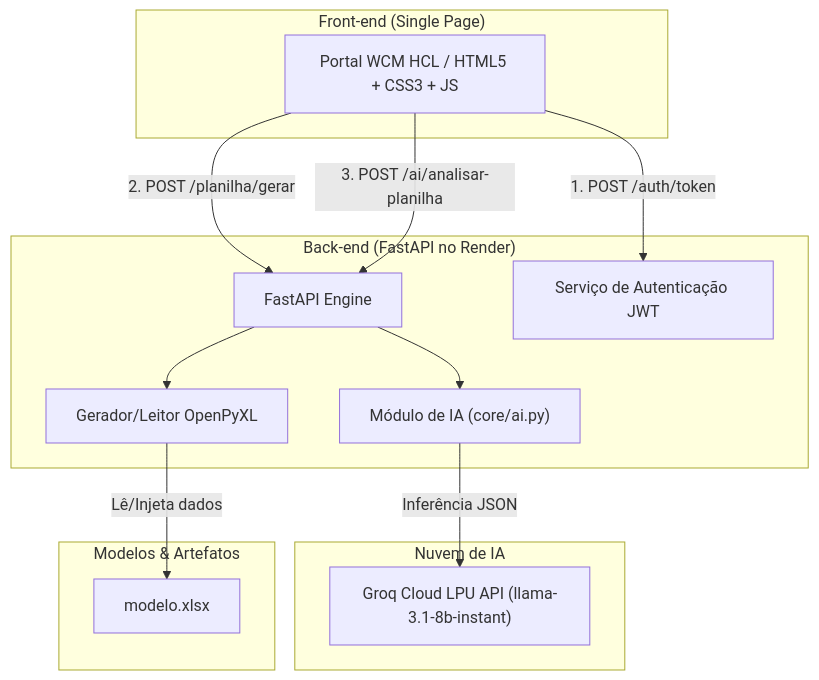
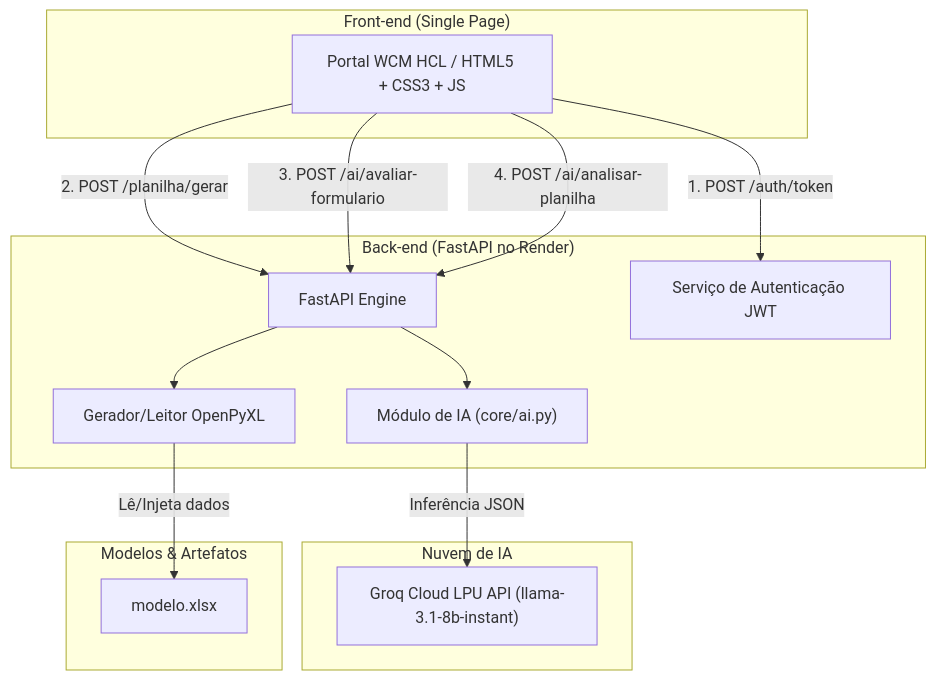
The first of 2 diagrams in README.md (andreeeestor/Matriz-de-Patrocinios-COPASA), drawn with Mermaid before and after one commit. The commit also changed other lines of this file and 1 other file, not shown here.

````diff
--- a/README.md
+++ b/README.md
@@ -56,29 +59,30 @@
 ```mermaid
 flowchart TB
     subgraph Frontend["Front-end (Single Page)"]
         WCM["Portal WCM HCL / HTML5 + CSS3 + JS"]
     end
 
     subgraph Backend["Back-end (FastAPI no Render)"]
         API["FastAPI Engine"]
         AUTH["Serviço de Autenticação JWT"]
         XL["Gerador/Leitor OpenPyXL"]
         AI_MODULE["Módulo de IA (core/ai.py)"]
     end
 
     subgraph CloudAI["Nuvem de IA"]
         GROQ["Groq Cloud LPU API (llama-3.1-8b-instant)"]
     end
 
     subgraph Storage["Modelos & Artefatos"]
         MODEL["modelo.xlsx"]
     end
 
     WCM -->|1. POST /auth/token| AUTH
     WCM -->|2. POST /planilha/gerar| API
-    WCM -->|3. POST /ai/analisar-planilha| API
+    WCM -->|3. POST /ai/avaliar-formulario| API
+    WCM -->|4. POST /ai/analisar-planilha| API
     API --> XL
     XL -->|Lê/Injeta dados| MODEL
     API --> AI_MODULE
     AI_MODULE -->|Inferência JSON| GROQ
 ```
````
